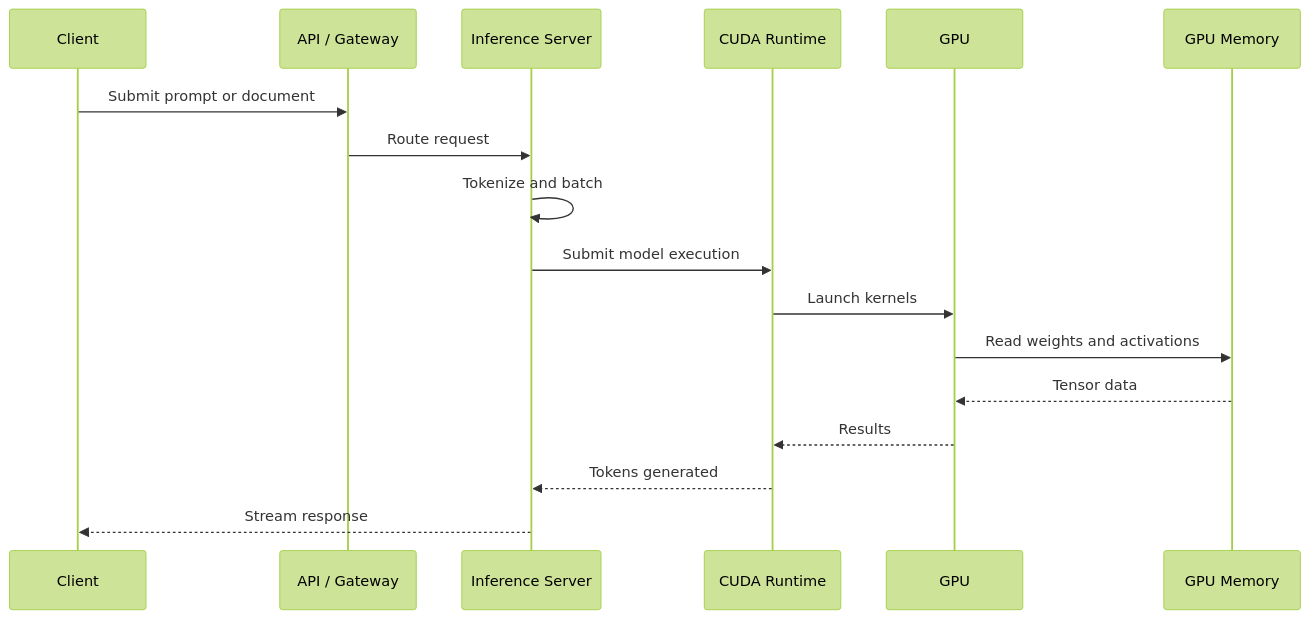
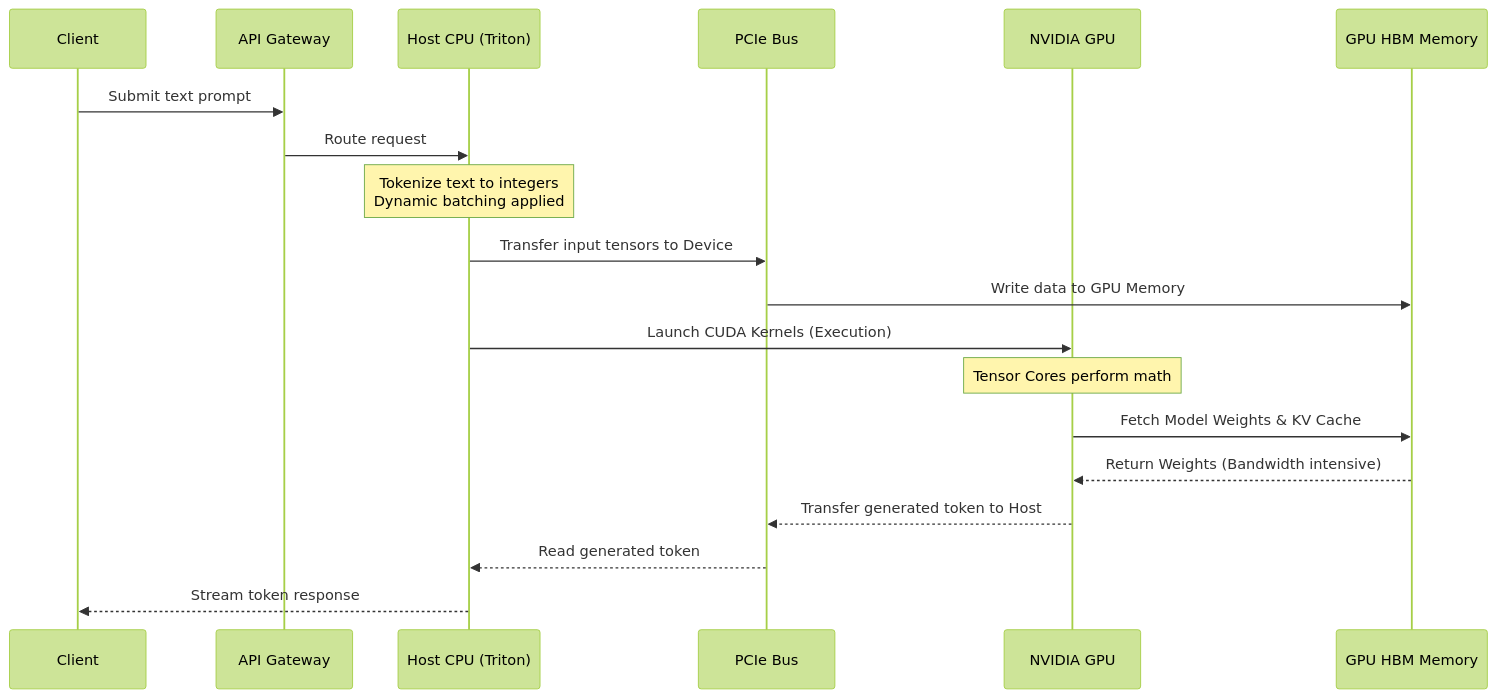
Before and after one commit to jithinpnjm/nvidia-devops: the second of 2 diagrams in docs/nvidia-zero-to-hero/volume-01/chapter-01-what-is-ai-infrastructure.md, drawn with Mermaid (forest theme). The commit also changed other lines of this file, not shown here.

Commit message:
feat(docs): significantly upgrade Chapter 01 to Senior Architect level with NVIDIA specifics

````diff
--- a/docs/nvidia-zero-to-hero/volume-01/chapter-01-what-is-ai-infrastructure.md
+++ b/docs/nvidia-zero-to-hero/volume-01/chapter-01-what-is-ai-infrastructure.md
@@ -88,20 +105,22 @@
 ```mermaid
 sequenceDiagram
     participant Client
-    participant API as API / Gateway
-    participant Server as Inference Server
-    participant Runtime as CUDA Runtime
-    participant GPU
-    participant Memory as GPU Memory
+    participant API as API Gateway
+    participant CPU as Host CPU (Triton)
+    participant PCIe as PCIe Bus
+    participant GPU as NVIDIA GPU
+    participant HBM as GPU HBM Memory
 
-    Client->>API: Submit prompt or document
-    API->>Server: Route request
-    Server->>Server: Tokenize and batch
-    Server->>Runtime: Submit model execution
-    Runtime->>GPU: Launch kernels
-    GPU->>Memory: Read weights and activations
-    Memory-->>GPU: Tensor data
-    GPU-->>Runtime: Results
-    Runtime-->>Server: Tokens generated
-    Server-->>Client: Stream response
+    Client->>API: Submit text prompt
+    API->>CPU: Route request
+    Note over CPU: Tokenize text to integers<br>Dynamic batching applied
+    CPU->>PCIe: Transfer input tensors to Device
+    PCIe->>HBM: Write data to GPU Memory
+    CPU->>GPU: Launch CUDA Kernels (Execution)
+    Note over GPU: Tensor Cores perform math
+    GPU->>HBM: Fetch Model Weights & KV Cache
+    HBM-->>GPU: Return Weights (Bandwidth intensive)
+    GPU-->>PCIe: Transfer generated token to Host
+    PCIe-->>CPU: Read generated token
+    CPU-->>Client: Stream token response
 ```
````
